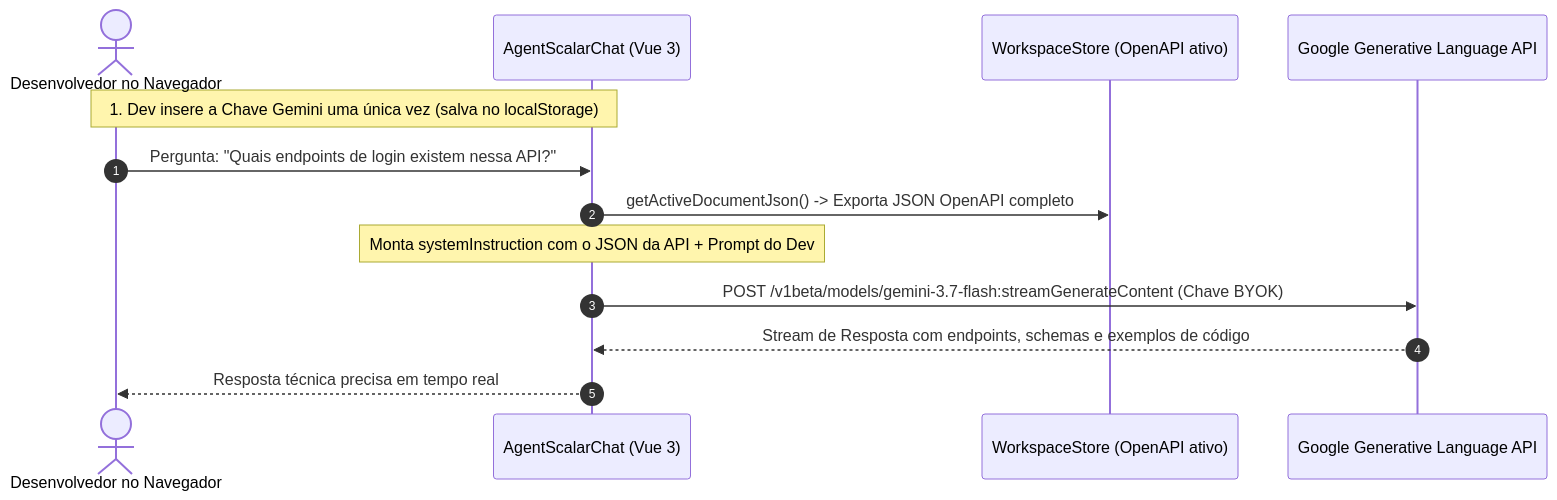
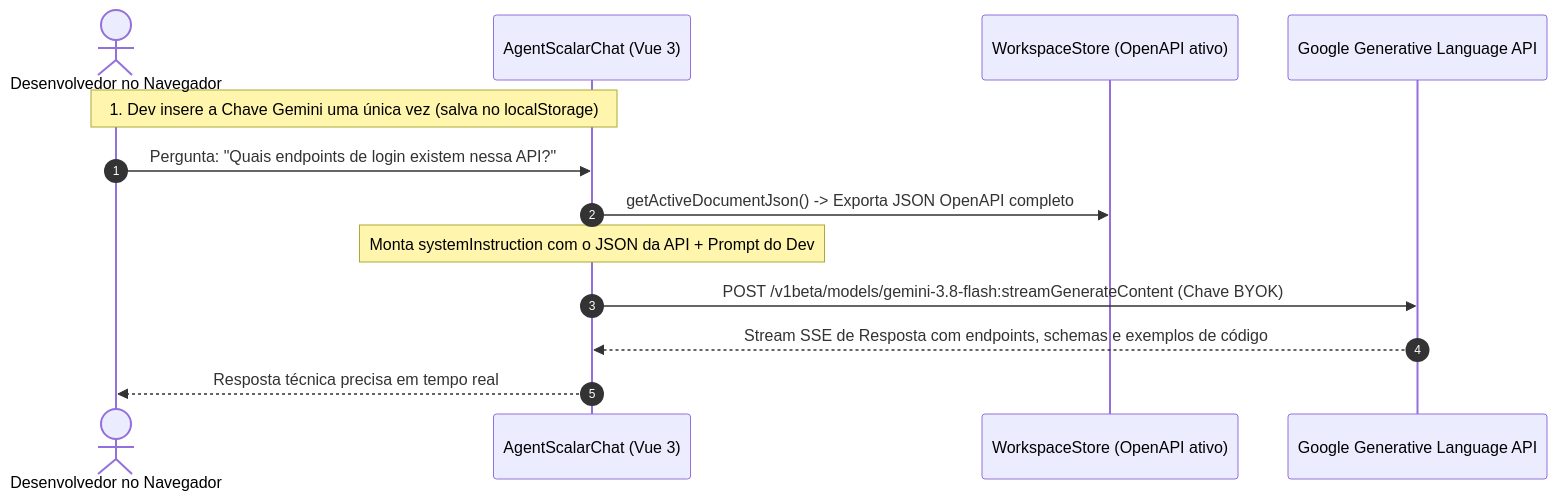
Before and after one commit to mat-dgruber/scalar: the second of 4 diagrams in docs/guides/guia-arquitetura-e-manutencao-scalar-fork.md, drawn with Mermaid. The commit also changed other lines of this file and 1 other file, not shown here.

First line of the commit message:
docs(guides): atualizar arquitetura e guia padrao com gemini-3.8-flash e ADR 0001

````diff
--- a/docs/guides/guia-arquitetura-e-manutencao-scalar-fork.md
+++ b/docs/guides/guia-arquitetura-e-manutencao-scalar-fork.md
@@ -98,16 +108,16 @@
 ```mermaid
 sequenceDiagram
     autonumber
     actor Dev as Desenvolvedor no Navegador
     participant UI as AgentScalarChat (Vue 3)
     participant Store as WorkspaceStore (OpenAPI ativo)
     participant Gemini as Google Generative Language API
 
     Note over Dev,UI: 1. Dev insere a Chave Gemini uma única vez (salva no localStorage)
     Dev->>UI: Pergunta: "Quais endpoints de login existem nessa API?"
     UI->>Store: getActiveDocumentJson() -> Exporta JSON OpenAPI completo
     Note over UI: Monta systemInstruction com o JSON da API + Prompt do Dev
-    UI->>Gemini: POST /v1beta/models/gemini-3.7-flash:streamGenerateContent (Chave BYOK)
-    Gemini-->>UI: Stream de Resposta com endpoints, schemas e exemplos de código
+    UI->>Gemini: POST /v1beta/models/gemini-3.8-flash:streamGenerateContent (Chave BYOK)
+    Gemini-->>UI: Stream SSE de Resposta com endpoints, schemas e exemplos de código
     UI-->>Dev: Resposta técnica precisa em tempo real
 ```
````
